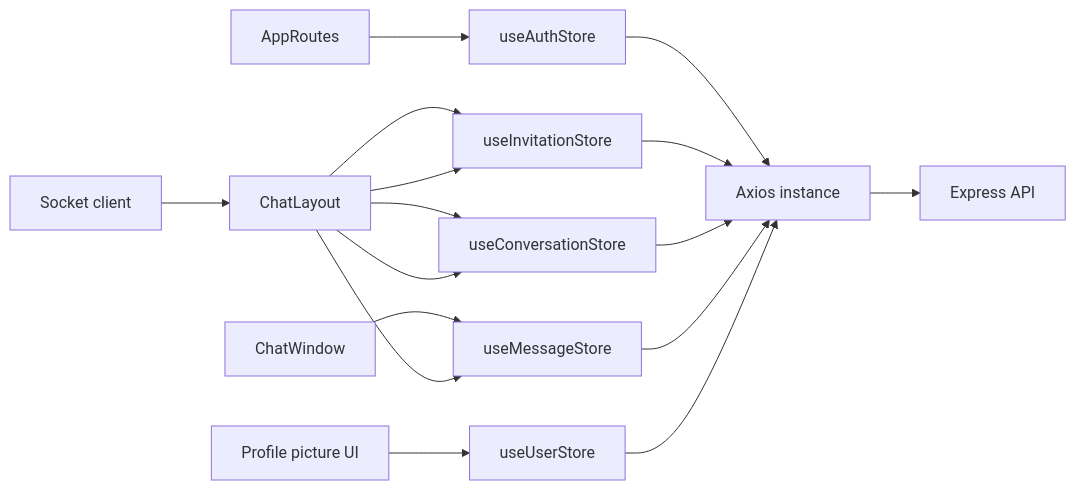
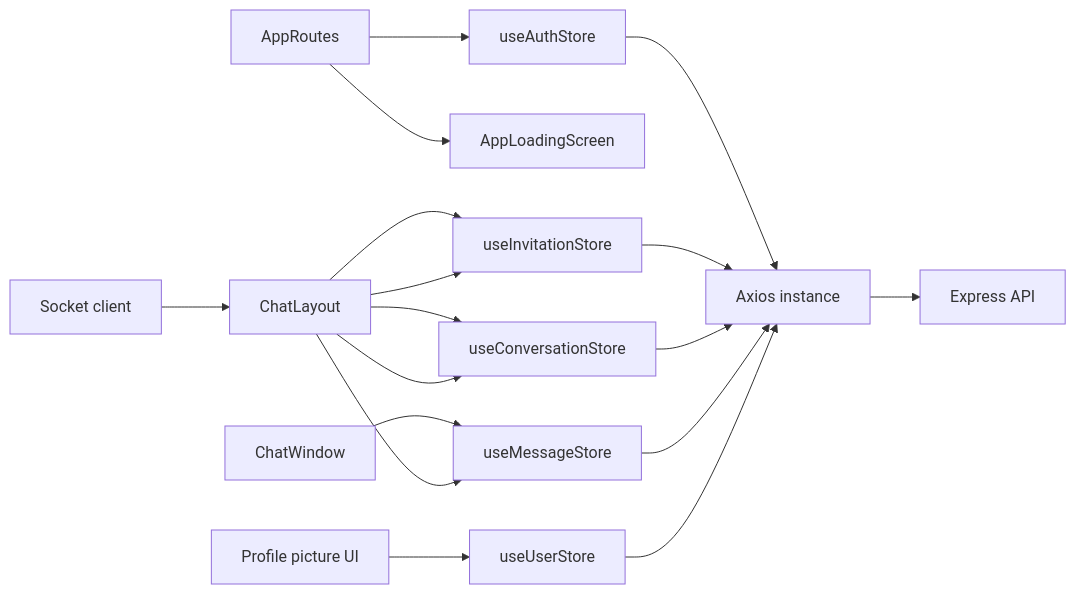
One commit to Saurav11343/click-chat changed the sixth of 7 diagrams in docs/02-system-architecture.md. Above: the diagram before and after it, drawn with Mermaid. The commit also changed other lines of this file and 6 other files, not shown here.

````diff
--- a/docs/02-system-architecture.md
+++ b/docs/02-system-architecture.md
@@ -127,20 +128,21 @@
 ```mermaid
 flowchart LR
     AR["AppRoutes"] --> AS["useAuthStore"]
+    AR --> LS["AppLoadingScreen"]
     CL["ChatLayout"] --> IS["useInvitationStore"]
     CL --> CS["useConversationStore"]
     CW["ChatWindow"] --> MS["useMessageStore"]
     PP["Profile picture UI"] --> US["useUserStore"]
 
     AX["Axios instance"] --> API["Express API"]
     AS --> AX
     IS --> AX
     CS --> AX
     MS --> AX
     US --> AX
 
     SO["Socket client"] --> CL
     CL --> IS
     CL --> CS
     CL --> MS
 ```
````
